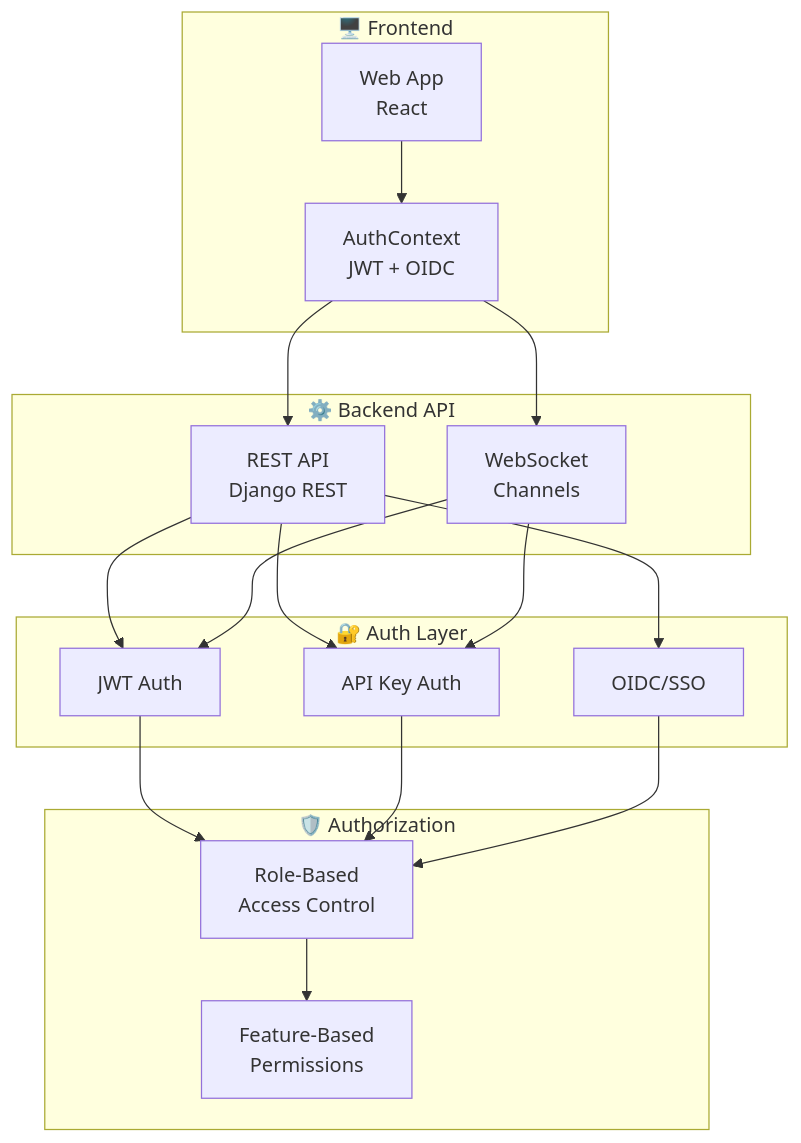
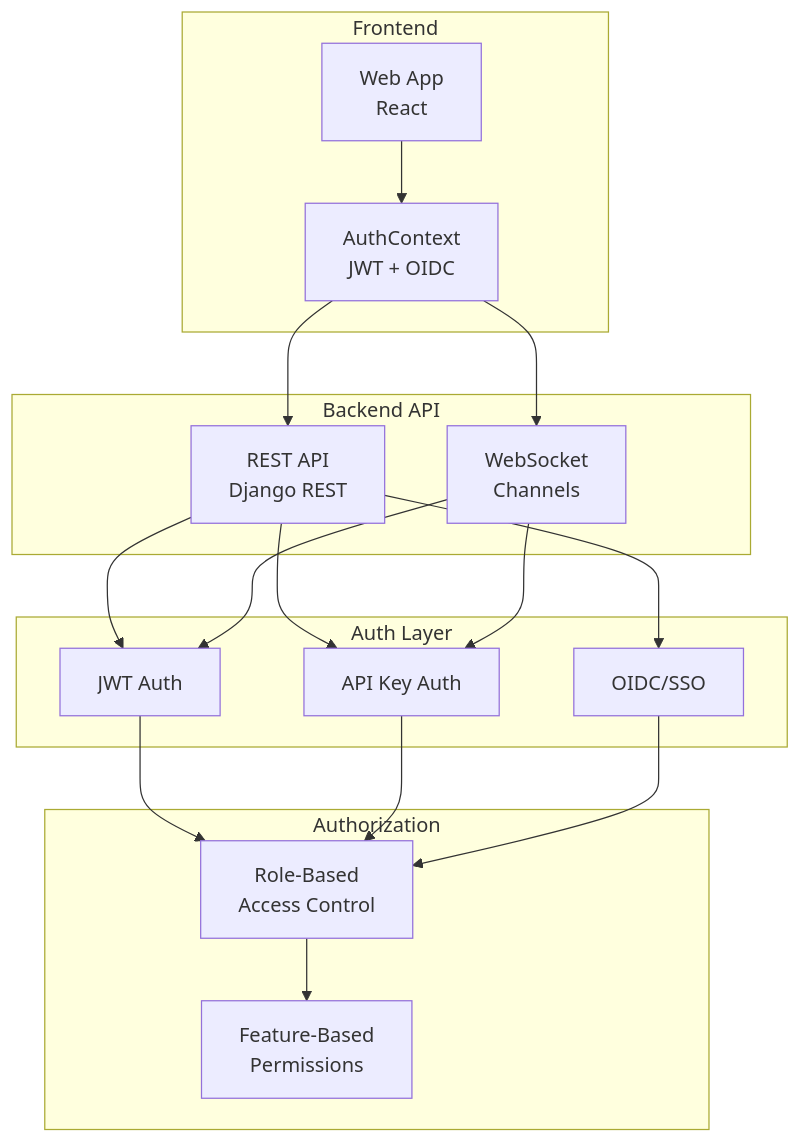
One commit to CHA0S-CORP/SkySpyDocs changed the first of 5 diagrams in docs/core-features/authentication.md. Above: the diagram before and after it, drawn with Mermaid. The commit also changed other lines of this file, not shown here.

````diff
--- a/docs/core-features/authentication.md
+++ b/docs/core-features/authentication.md
@@ -54,36 +39,36 @@
 ```mermaid
 flowchart TB
-    subgraph Frontend["🖥️ Frontend"]
+    subgraph Frontend["Frontend"]
         WEB[Web App<br/>React]
         AUTH_CTX[AuthContext<br/>JWT + OIDC]
     end
 
-    subgraph API["⚙️ Backend API"]
+    subgraph API["Backend API"]
         REST[REST API<br/>Django REST]
         WS[WebSocket<br/>Channels]
     end
 
-    subgraph AuthLayer["🔐 Auth Layer"]
+    subgraph AuthLayer["Auth Layer"]
         JWT_AUTH[JWT Auth]
         API_KEY[API Key Auth]
         OIDC[OIDC/SSO]
     end
 
-    subgraph Permissions["🛡️ Authorization"]
+    subgraph Permissions["Authorization"]
         RBAC[Role-Based<br/>Access Control]
         FEATURE[Feature-Based<br/>Permissions]
     end
 
     WEB --> AUTH_CTX
     AUTH_CTX --> REST
     AUTH_CTX --> WS
     REST --> JWT_AUTH
     REST --> API_KEY
     REST --> OIDC
     WS --> JWT_AUTH
     WS --> API_KEY
     JWT_AUTH --> RBAC
     API_KEY --> RBAC
     OIDC --> RBAC
     RBAC --> FEATURE
 ```
````
